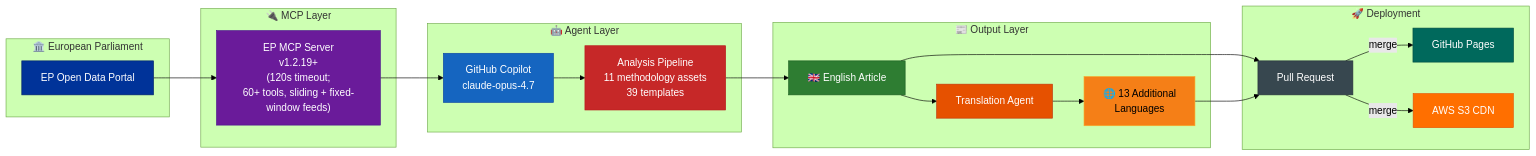
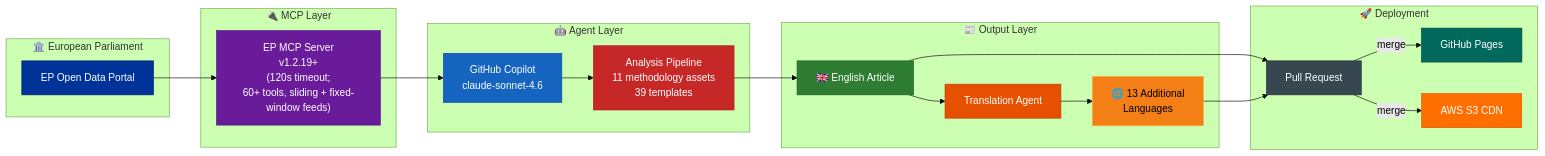
Diagram 22 of 22 in WORKFLOWS.md (Hack23/euparliamentmonitor), drawn with Mermaid (forest theme) before and after one commit. The commit also changed other lines of this file and 49 other files, not shown here.

````diff
--- a/WORKFLOWS.md
+++ b/WORKFLOWS.md
@@ -2012,42 +2012,42 @@
 ```mermaid
 flowchart LR
     subgraph "🏛️ European Parliament"
         EP["EP Open Data Portal"]
     end
 
     subgraph "🔌 MCP Layer"
         MCP["EP MCP Server<br/>v1.2.19+<br/>(120s timeout;<br/>60+ tools, sliding + fixed-window feeds)"]
     end
 
     subgraph "🤖 Agent Layer"
-        Agent["GitHub Copilot<br/>claude-opus-4.7"]
+        Agent["GitHub Copilot<br/>claude-sonnet-4.6"]
         Analyze["Analysis Pipeline<br/>11 methodology assets<br/>39 templates"]
     end
 
     subgraph "📰 Output Layer"
         EN["🇬🇧 English Article"]
         Translate["Translation Agent"]
         Multi["🌐 13 Additional<br/>Languages"]
     end
 
     subgraph "🚀 Deployment"
         PR["Pull Request"]
         Pages["GitHub Pages"]
         S3["AWS S3 CDN"]
     end
 
     EP --> MCP --> Agent --> Analyze --> EN --> PR
     EN --> Translate --> Multi --> PR
     PR --> |"merge"| Pages & S3
 
     style EP fill:#003399,stroke:#002266,color:#FFFFFF
     style MCP fill:#6A1B9A,stroke:#4A148C,color:#FFFFFF
     style Agent fill:#1565C0,stroke:#0D47A1,color:#FFFFFF
     style Analyze fill:#C62828,stroke:#B71C1C,color:#FFFFFF
     style EN fill:#2E7D32,stroke:#1B5E20,color:#FFFFFF
     style Translate fill:#E65100,stroke:#BF360C,color:#FFFFFF
     style Multi fill:#F57F17,stroke:#F9A825,color:#000000
     style PR fill:#37474F,stroke:#263238,color:#FFFFFF
     style Pages fill:#00695C,stroke:#004D40,color:#FFFFFF
     style S3 fill:#FF6F00,stroke:#E65100,color:#FFFFFF
 ```
````
